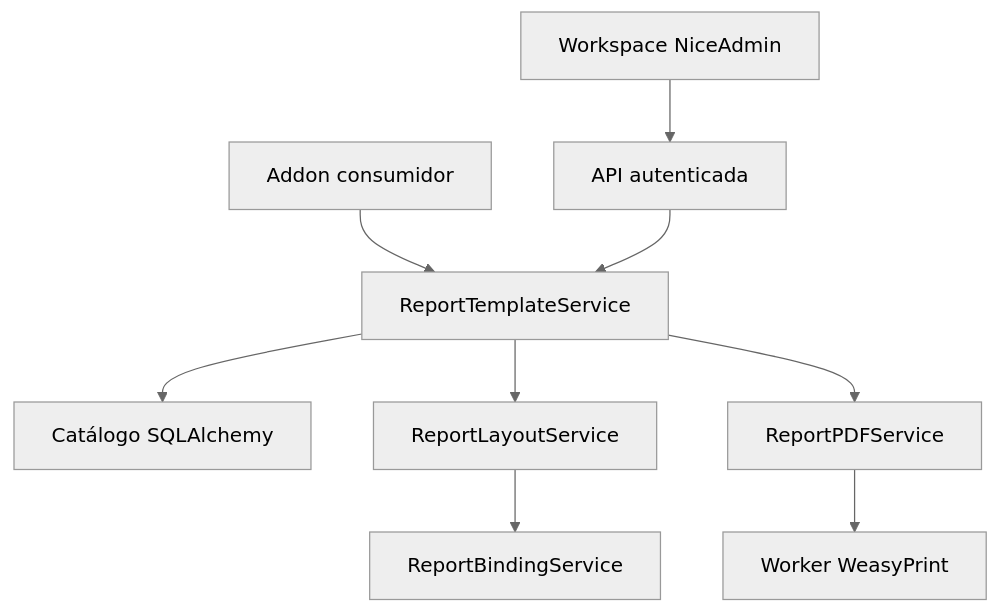
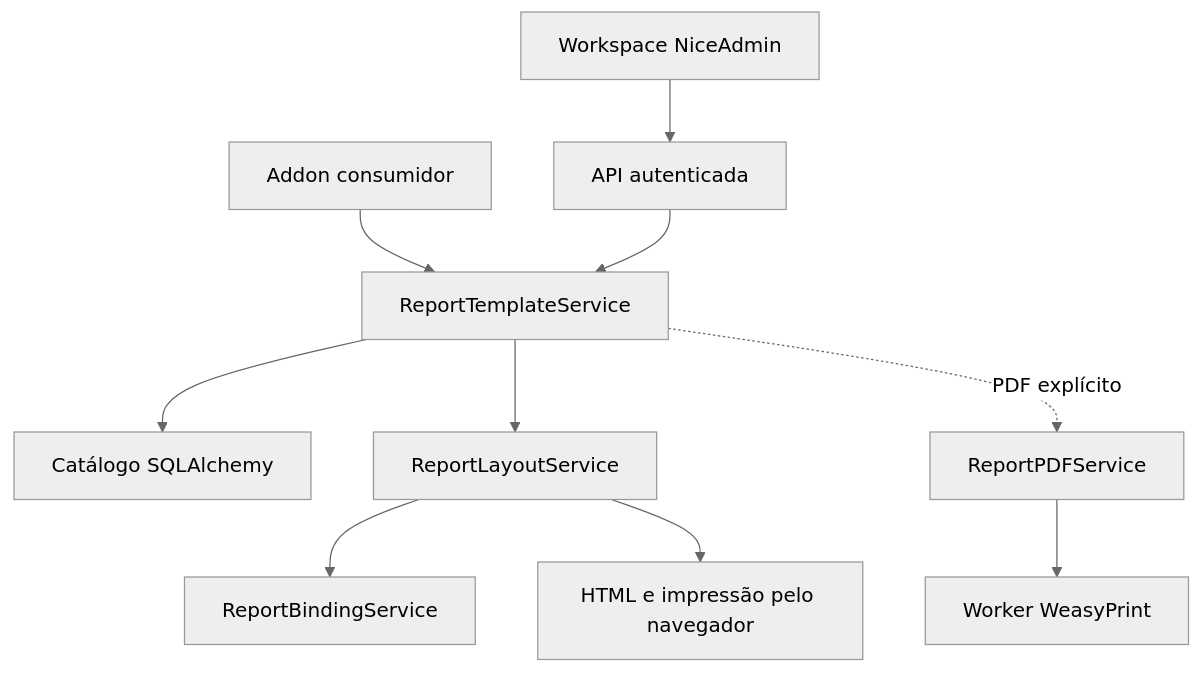
The diagram in addons/addon_reports/docs/technical/02-diagrama-c4.md (ChristopherNicolasSMM/Tesseract), drawn with Mermaid (neutral theme) before and after one commit. The commit also changed 35 other files, not shown here.

Commit message:
feat(reports): prévia HTML e impressão sem dependências nativas

````diff
--- a/addons/addon_reports/docs/technical/02-diagrama-c4.md
+++ b/addons/addon_reports/docs/technical/02-diagrama-c4.md
@@ -3,11 +3,12 @@
 ```mermaid
 flowchart TD
  A[Workspace NiceAdmin] --> B[API autenticada]
  C[Addon consumidor] --> D[ReportTemplateService]
  B --> D
  D --> E[Catálogo SQLAlchemy]
  D --> F[ReportLayoutService]
  F --> G[ReportBindingService]
- D --> H[ReportPDFService]
+ F --> J[HTML e impressão pelo navegador]
+ D -. PDF explícito .-> H[ReportPDFService]
  H --> I[Worker WeasyPrint]
 ```
````
